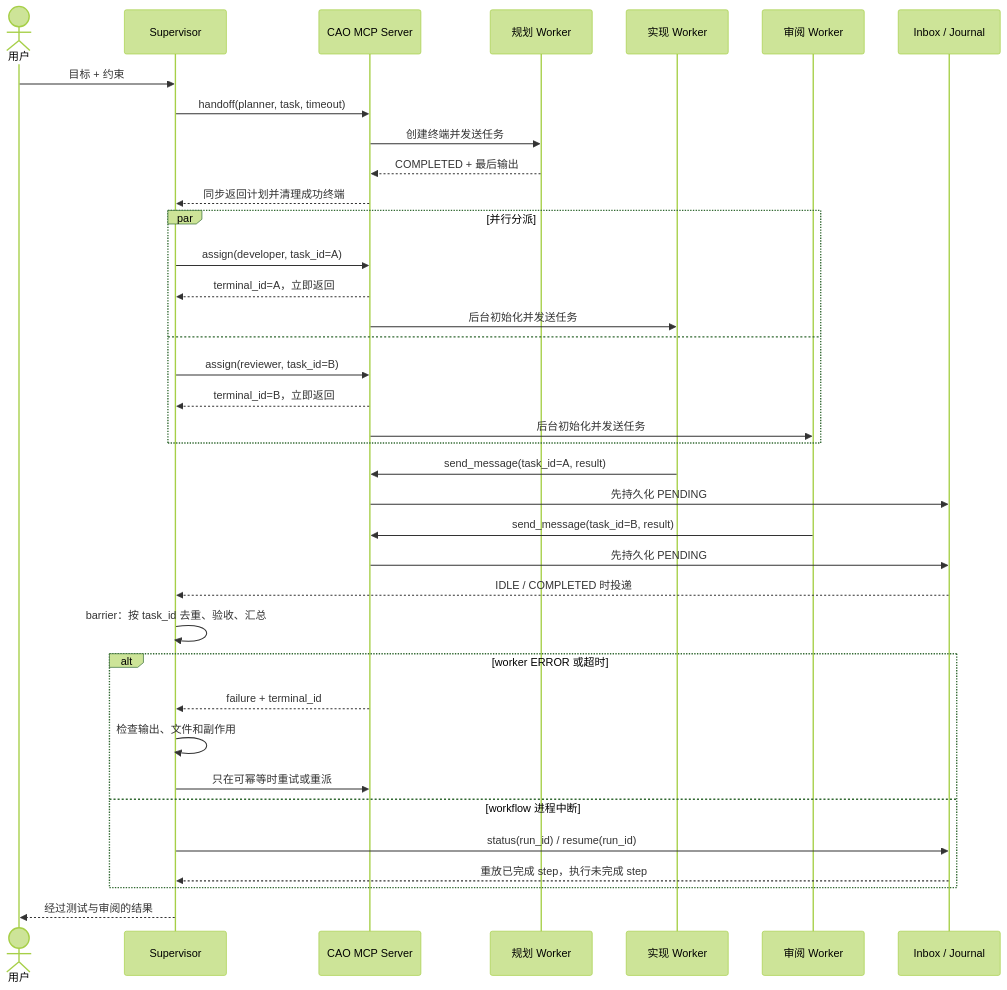
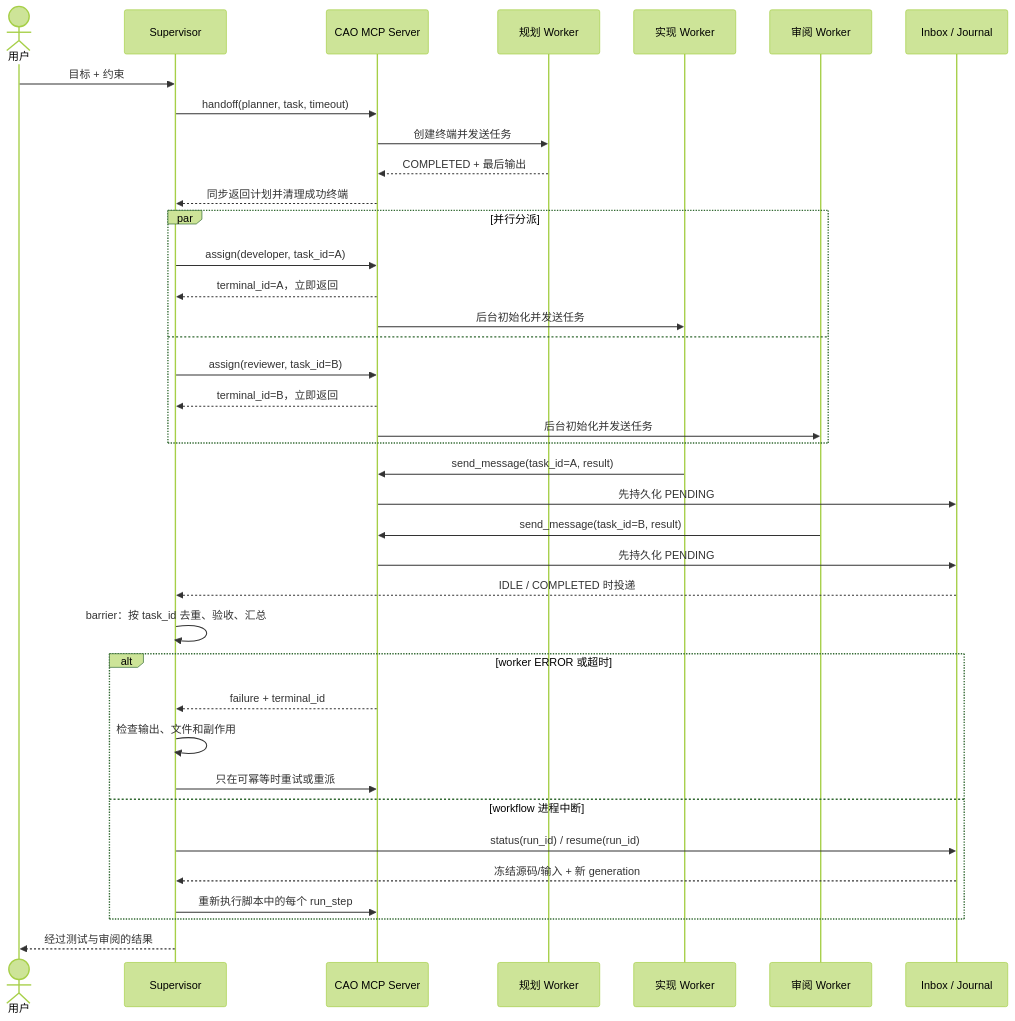
One commit to sealday/agentic-architecture-atlas changed the second of 2 diagrams in content/cases/aws-cli-agent-orchestrator.mdx. Above: the diagram before and after it, drawn with Mermaid (forest theme). The commit also changed other lines of this file, not shown here.

````diff
--- a/content/cases/aws-cli-agent-orchestrator.mdx
+++ b/content/cases/aws-cli-agent-orchestrator.mdx
@@ -186,46 +196,47 @@
 ```mermaid
 sequenceDiagram
   accTitle: CAO handoff assign send_message 的控制权与任务生命周期
   accDescr: Supervisor 先用阻塞 handoff 获得计划，再并行 assign 两个 worker。worker 完成后把带 task_id 的结果放入 supervisor inbox；消息在 supervisor 可接收时投递。超时或崩溃不会自动证明任务可安全重试，必须检查终端、journal 和外部副作用。
 
   actor U as 用户
   participant S as Supervisor
   participant M as CAO MCP Server
   participant H as 规划 Worker
   participant A as 实现 Worker
   participant B as 审阅 Worker
   participant J as Inbox / Journal
 
   U->>S: 目标 + 约束
   S->>M: handoff(planner, task, timeout)
   M->>H: 创建终端并发送任务
   H-->>M: COMPLETED + 最后输出
   M-->>S: 同步返回计划并清理成功终端
 
   par 并行分派
     S->>M: assign(developer, task_id=A)
     M-->>S: terminal_id=A，立即返回
     M->>A: 后台初始化并发送任务
   and
     S->>M: assign(reviewer, task_id=B)
     M-->>S: terminal_id=B，立即返回
     M->>B: 后台初始化并发送任务
   end
 
   A->>M: send_message(task_id=A, result)
   M->>J: 先持久化 PENDING
   B->>M: send_message(task_id=B, result)
   M->>J: 先持久化 PENDING
   J-->>S: IDLE / COMPLETED 时投递
   S->>S: barrier：按 task_id 去重、验收、汇总
 
   alt worker ERROR 或超时
     M-->>S: failure + terminal_id
     S->>S: 检查输出、文件和副作用
     S->>M: 只在可幂等时重试或重派
   else workflow 进程中断
     S->>J: status(run_id) / resume(run_id)
-    J-->>S: 重放已完成 step，执行未完成 step
+    J-->>S: 冻结源码/输入 + 新 generation
+    S->>M: 重新执行脚本中的每个 run_step
   end
   S-->>U: 经过测试与审阅的结果
 ```
````
